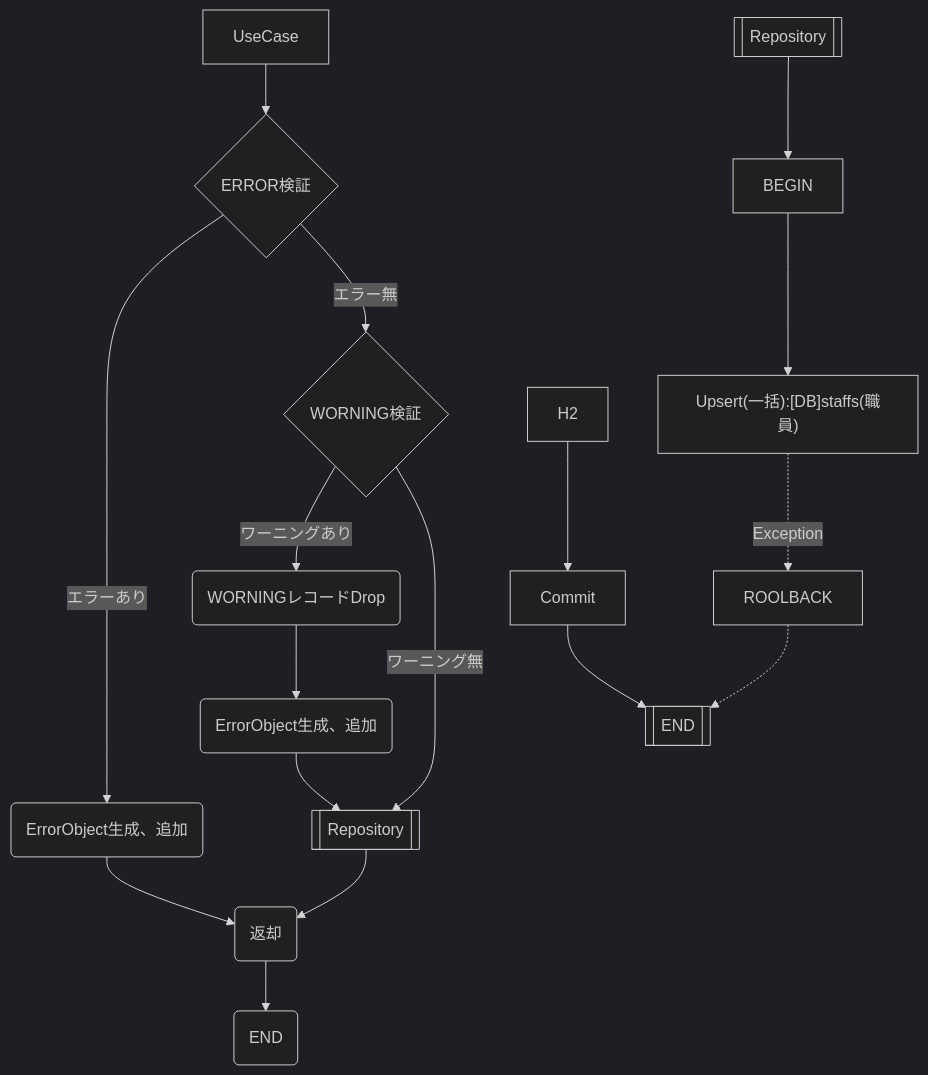
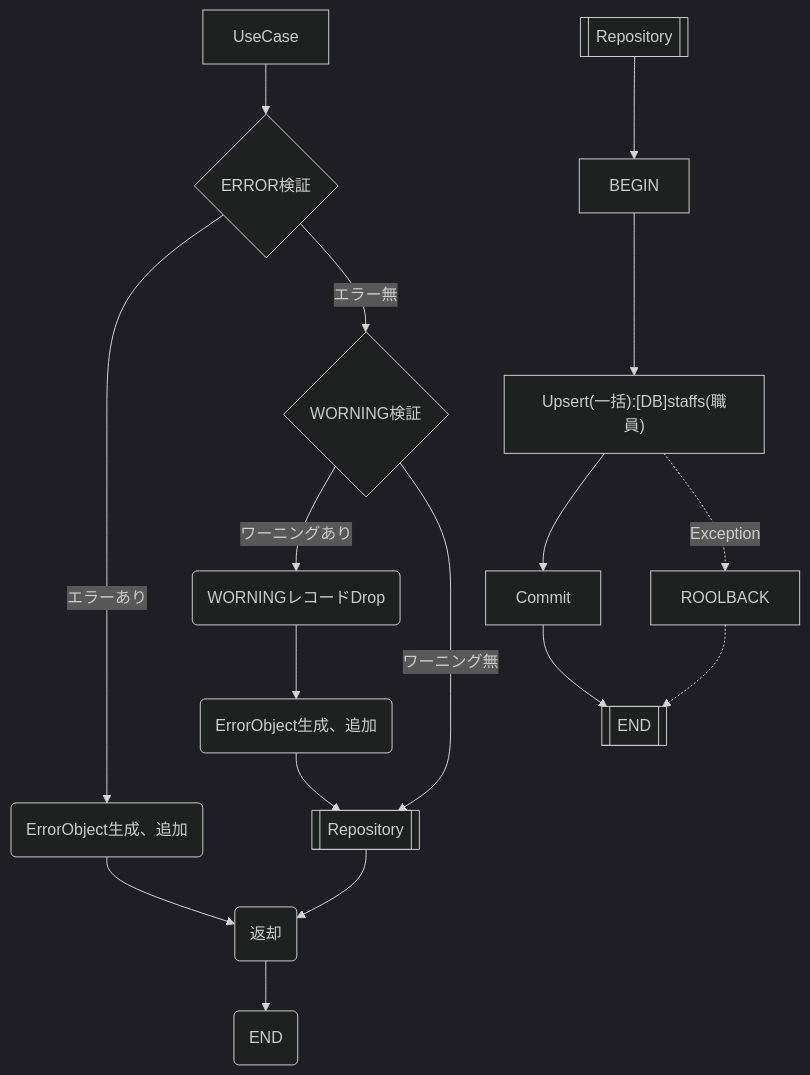
Before and after one commit to MrWangpeilin945/FlutterIOS: the diagram in Documents/外部IF設計書/src/docs/インターフェース/EC2011_職員を登録する.adoc, drawn with Mermaid (dark theme).

Commit message:
フロー図の未連結部分を修正

```diff
--- a/Documents/外部IF設計書/src/docs/インターフェース/EC2011_職員を登録する.adoc
+++ b/Documents/外部IF設計書/src/docs/インターフェース/EC2011_職員を登録する.adoc
@@ -10,21 +10,21 @@
 [mermaid]
 ----
 flowchart TD
     A[UseCase] --> ERROR{ERROR検証}
     ERROR -- エラーあり --> C(ErrorObject生成、追加)
     ERROR -- エラー無 --> WORNING{WORNING検証}    
     WORNING -- ワーニングあり --> DROP(WORNINGレコードDrop)
     DROP(WORNINGレコードDrop) --> DROP_REC(ErrorObject生成、追加)
     DROP_REC --> D[[Repository]]
     WORNING -- ワーニング無 --> D
     C --> E(返却)
     D --> E
     E --> UseCaseEND(END)
 
     F[[Repository]] --> G[BEGIN]
     G --> H1["Upsert(一括):[DB]staffs(職員)"]
-    H2 --> K[Commit]
+    H1 --> K[Commit]
     H1 -.Exception.-> ROOLBACK[ROOLBACK]
     K --> RepositoryEND[[END]]
     ROOLBACK .-> RepositoryEND
 ----
```
